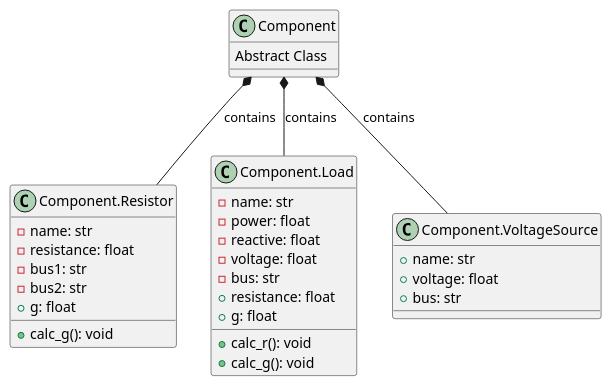
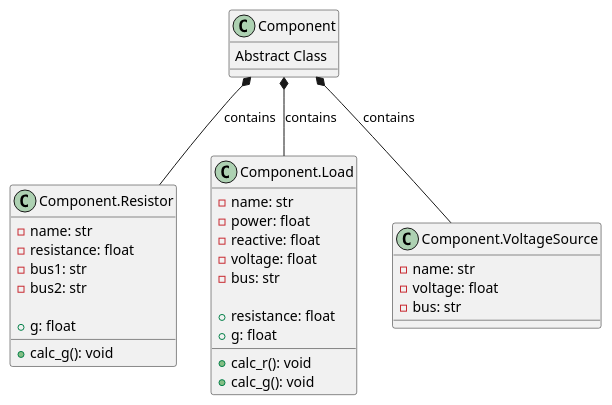
Before and after one commit to JLipnerPitt/ECE2774-ADV-POWER-SYSTEMS-ANALYSIS: the third of 10 diagrams in project2.plantuml, drawn with PlantUML. The commit also changed other lines of this file, not shown here.

```diff
--- a/project2.plantuml
+++ b/project2.plantuml
@@ -26,38 +26,40 @@
 @startuml Component
 class "Component" as Outer {
     Abstract Class
 }
 
 class "Component.Resistor" as Inner {
     -name: str
     -resistance: float
     -bus1: str
     -bus2: str
+
     +g: float
     
     +calc_g(): void
 }
 
 class "Component.Load" as Inner2 {
     -name: str
     -power: float
     -reactive: float
     -voltage: float
     -bus: str
+
     +resistance: float
     +g: float
 
     +calc_r(): void
     +calc_g(): void
 }
 
 class "Component.VoltageSource" as Inner3 {
-    +name: str
-    +voltage: float
-    +bus: str
+    -name: str
+    -voltage: float
+    -bus: str
 }
 
 Outer *-- Inner : contains
 Outer *-- Inner2 : contains
 Outer *-- Inner3 : contains
 @enduml
```
